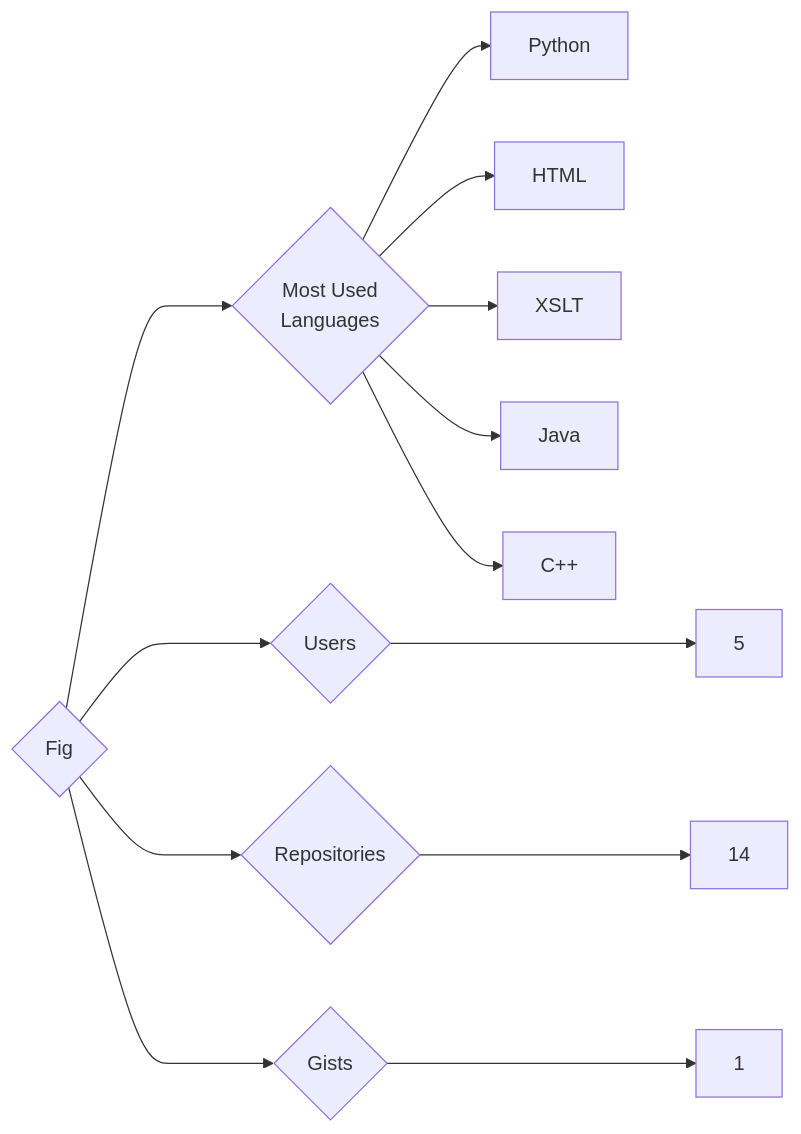
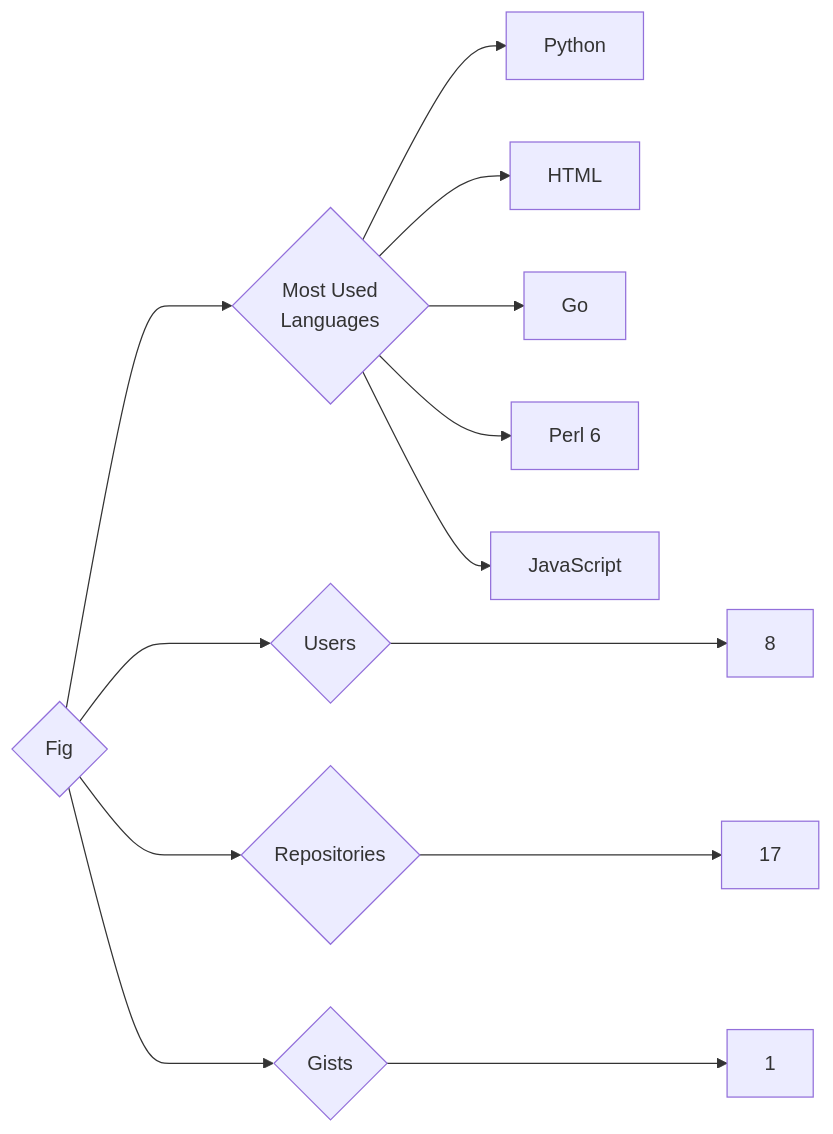
The diagram in targets/Fig/README.md (trickest/insiders), drawn with Mermaid before and after one commit. The commit also changed 988 other files, not shown here.

````diff
--- a/targets/Fig/README.md
+++ b/targets/Fig/README.md
@@ -3,13 +3,13 @@
 ```mermaid
 graph LR
 COMPANY_NAME{Fig}
-COMPANY_NAME ---> U{Users} ---> UN[5]
-COMPANY_NAME ---> R{Repositories} ---> RN[14]
+COMPANY_NAME ---> U{Users} ---> UN[8]
+COMPANY_NAME ---> R{Repositories} ---> RN[17]
 COMPANY_NAME ---> G{Gists} ---> GN[1]
 COMPANY_NAME ---> ML{Most Used<br>Languages}
 ML --> Python[Python]
 ML --> HTML[HTML]
-ML --> XSLT[XSLT]
-ML --> Java[Java]
-ML --> C++[C++]
+ML --> Go[Go]
+ML --> Perl_6[Perl 6]
+ML --> JavaScript[JavaScript]
 ```
````
